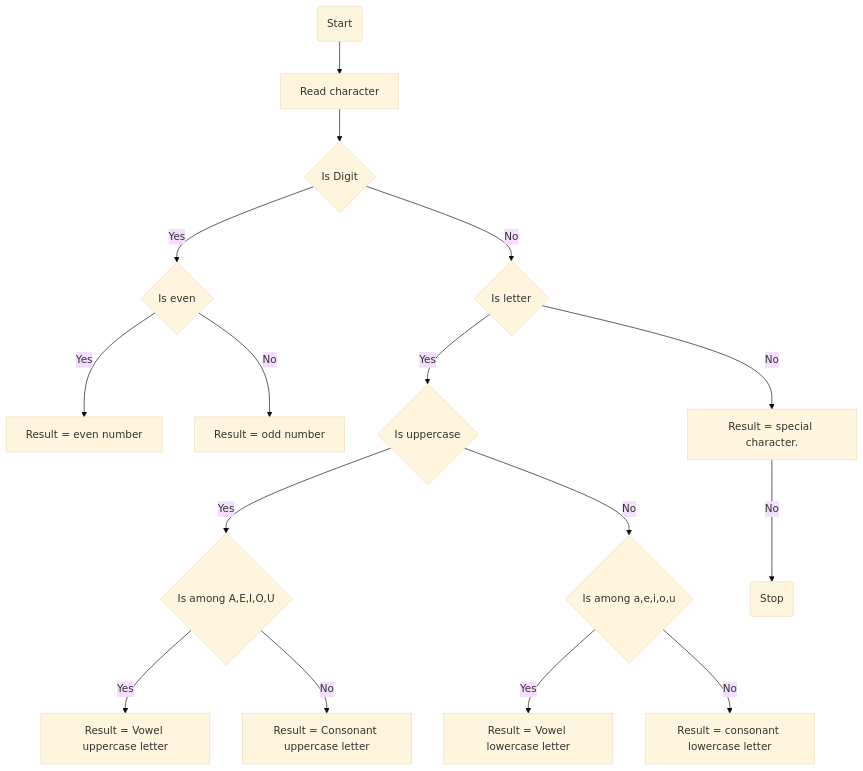
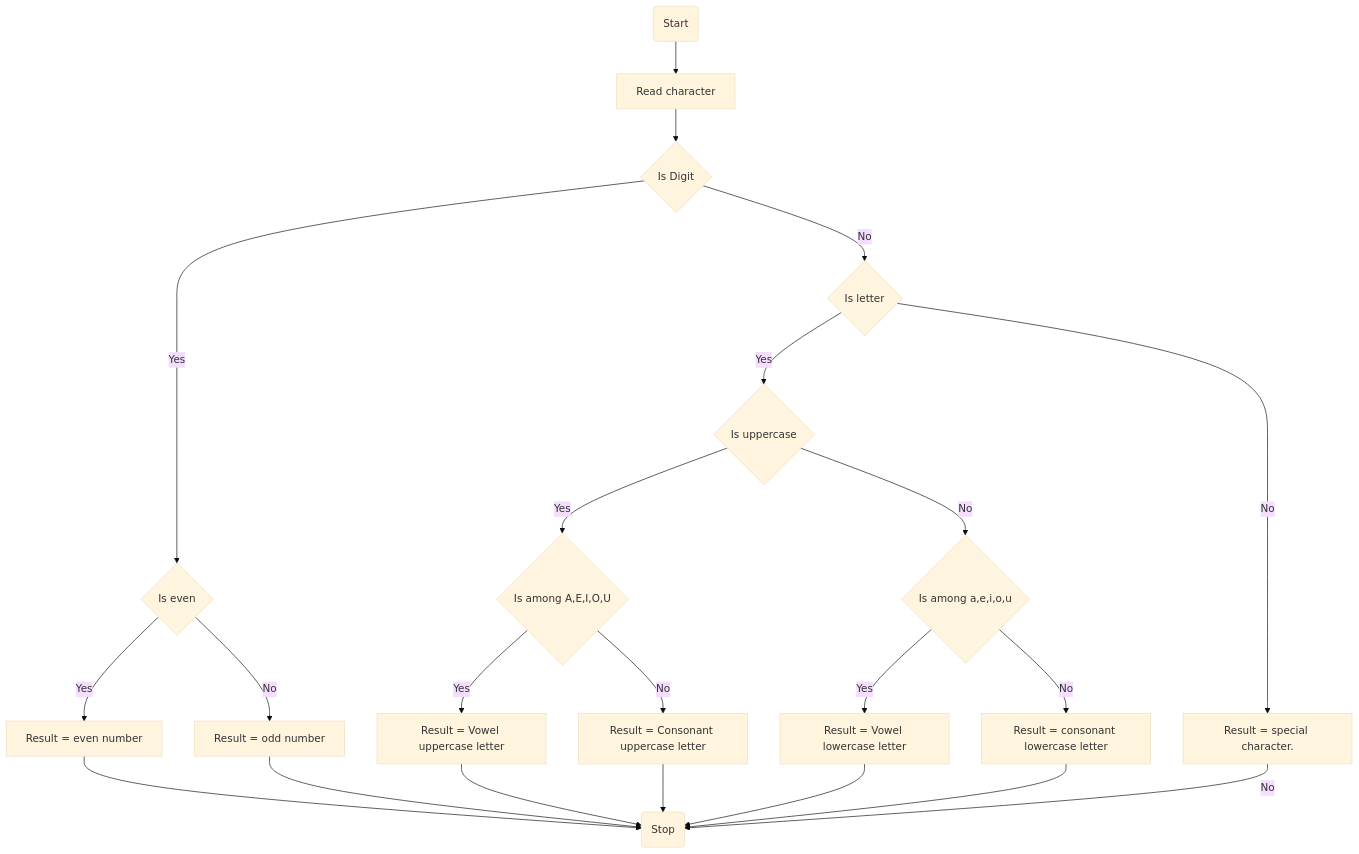
The diagram in ETS1351_15_Yabets_Maregn/symbol_checker/flowchart.md (SWEG-2015EC-Batch/Code-Warrior), drawn with Mermaid (base theme) before and after one commit.

````diff
--- a/ETS1351_15_Yabets_Maregn/symbol_checker/flowchart.md
+++ b/ETS1351_15_Yabets_Maregn/symbol_checker/flowchart.md
@@ -1,18 +1,24 @@
 ```mermaid
 graph TD
 A(Start) --> B[Read character]
 B --> C{Is Digit}
 C -- Yes --> D{Is even}
 D -- Yes --> E[Result = even number]
 D -- No --> F[Result = odd number]
 C -- No --> G{Is letter}
 G -- Yes --> H{Is uppercase}
 H -- Yes --> I{Is among A,E,I,O,U}
 I -- Yes -->J[Result = Vowel uppercase letter]
 I -- No --> K[Result = Consonant uppercase letter]
 H -- No --> L{Is among a,e,i,o,u}
 L -- Yes --> M[Result = Vowel lowercase letter]
 L -- No --> N[Result = consonant lowercase letter]
 G -- No --> O[Result = special character.]
 O -- No --> P(Stop)
+E --> P(Stop)
+F --> P(Stop)
+J --> P(Stop)
+K --> P(Stop)
+M --> P(Stop)
+N --> P(Stop)
 ``` 
````
